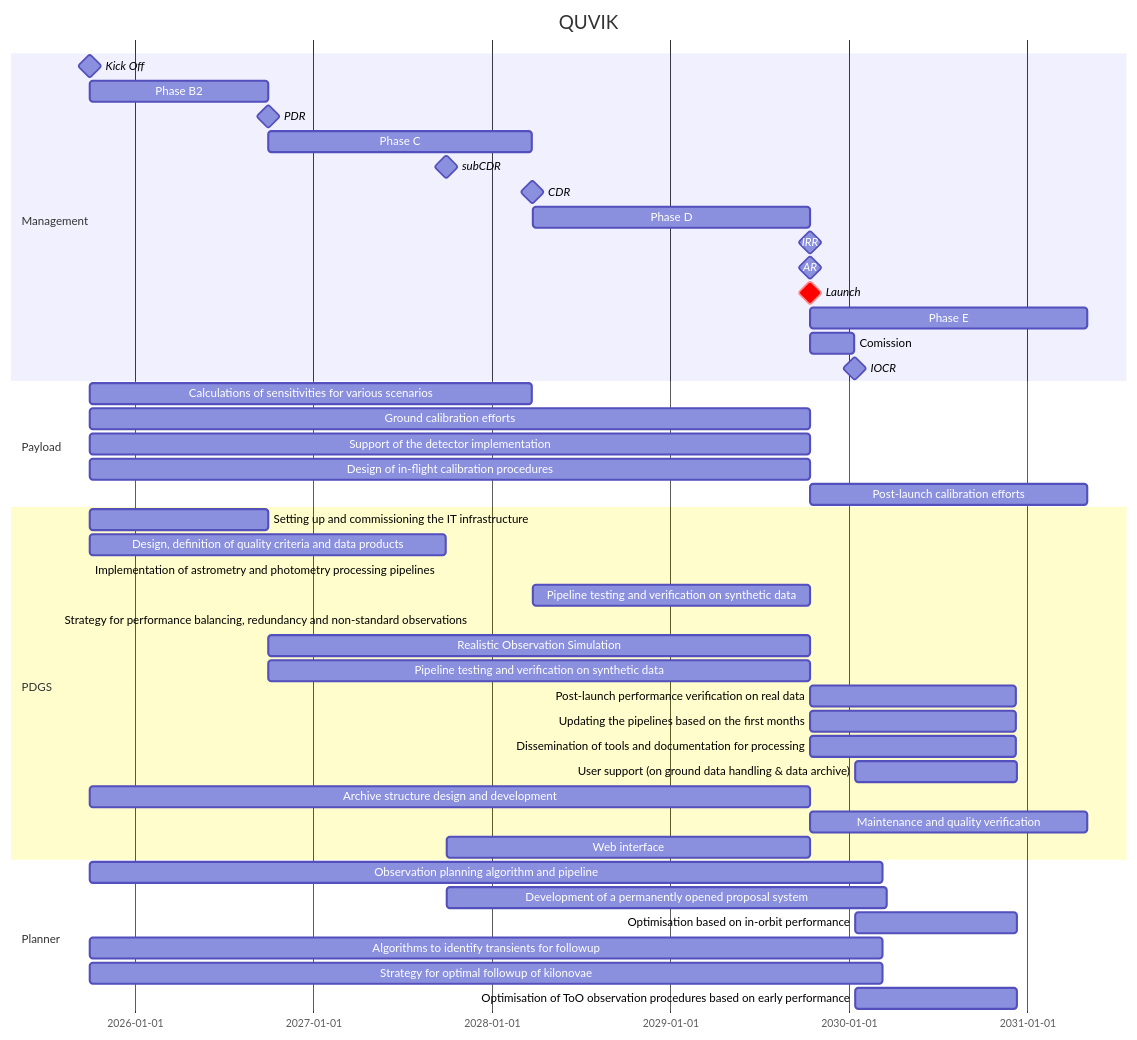
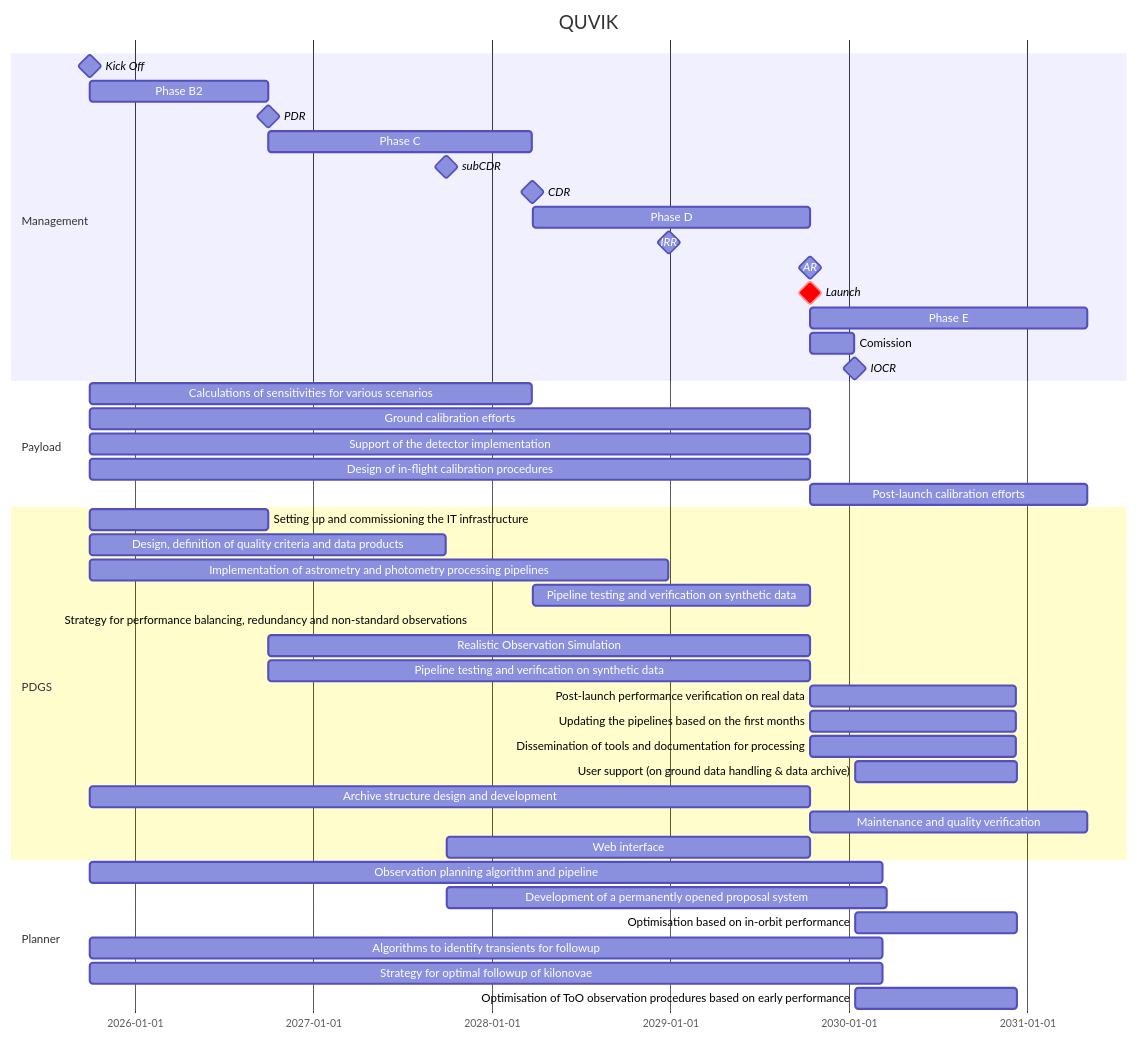
The diagram in calib/Block.md (limu007/quvik), drawn with Mermaid before and after one commit.

````diff
--- a/calib/Block.md
+++ b/calib/Block.md
@@ -3,50 +3,50 @@
 ```mermaid
 gantt
     title QUVIK
     dateFormat  YYYY-MM-DD
     section Management
     Kick Off : milestone, m1, 2025-09-31, 1d
     Phase B2 : b2, after m1, 52w
     PDR : milestone, pdr, after b2, 1d
     Phase C : c1, after pdr, 77w
     subCDR :  milestone, sc1, after des, 1d
     CDR : milestone, cdr, after c1, 1d
     Phase D : d1, after cdr, 81w
-    IRR : milestone, irr, after d1, 1d
+    IRR : milestone, irr, after imp, 1d
     AR : milestone, ar, after d1, 1d
     Launch : crit, milestone, frr, after d1, 1d
     Phase E : e1, after frr, 81w
     Comission : e2, after frr, 13w
     IOCR : milestone, iocr, after e2, 1d
 
     section Payload
     Calculations of sensitivities for various scenarios :  after m1 , until cdr
     Ground calibration efforts :  after m1 , until ar
     Support of the detector implementation :  after m1 , until ar 
     Design of in-flight calibration procedures :  after m1 , until frr
     Post-launch calibration efforts :  after frr , 81w 
 
     section PDGS
     Setting up and commissioning the IT infrastructure : after m1, until pdr
     Design, definition of quality criteria and data products : 	des, after m1	, 104w
-    Implementation of astrometry and photometry processing pipelines : 	after m1 , 39m
+    Implementation of astrometry and photometry processing pipelines : 	imp, after m1 , 169w
     Pipeline testing and verification on synthetic data : pp, after cdr, until frr
     Strategy for performance balancing, redundancy and non-standard observations :  after m1 , until arr
     Realistic Observation Simulation :  after pdr , until ar
     Pipeline testing and verification on synthetic data :  after pdr , until frr
     Post-launch performance verification on real data :  after frr , 420d
     Updating the pipelines based on the first months :  after frr , 420d
     Dissemination of tools and documentation for processing :  after frr , 420d
      User support (on ground data handling & data archive) :  after iocr , 330d
      Archive structure design and development :  after m1 , until frr
      Maintenance and quality verification :  after ar , 81w
      Web interface :  after sc1 , until frr
 
     section Planner
     Observation planning algorithm and pipeline :  after m1 , 1620d
     Development of a permanently opened proposal system :  after sc1 , 900d
     Optimisation based on in-orbit performance :  after iocr , 330d
     Algorithms to identify transients for followup :  after m1 , 1620d
     Strategy for optimal followup of kilonovae :  after m1 , 1620d
     Optimisation of ToO observation procedures based on early performance :  after iocr , 330d
 ```
````
